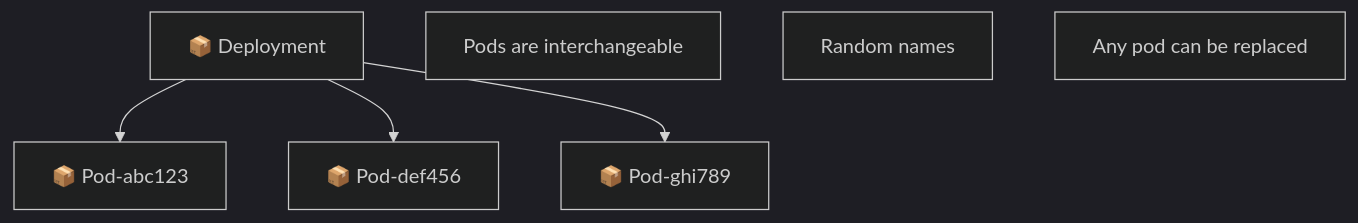
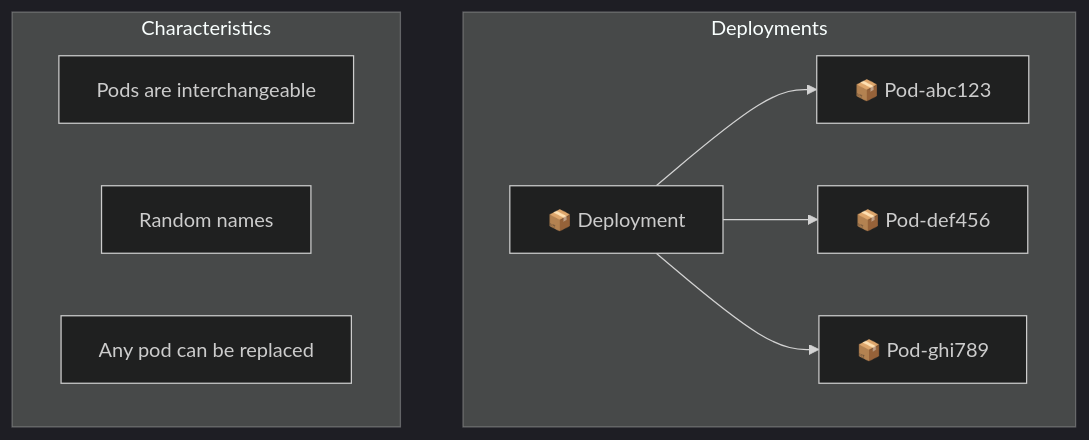
Before and after one commit to inno-devops-labs/DevOps-Core-Course: the second of 15 diagrams in lectures/lec15.md, drawn with Mermaid (dark theme). The commit also changed other lines of this file and 14 other files, not shown here.

First line of the commit message:
Merge pull request #3565 from LocalT0aster/fix-flowcharts

````diff
--- a/lectures/lec15.md
+++ b/lectures/lec15.md
@@ -91,10 +91,13 @@
 ```mermaid
 flowchart TD
-  A[📦 Deployment] --> B[📦 Pod-abc123]
-  A --> C[📦 Pod-def456]
-  A --> D[📦 Pod-ghi789]
-
-  E[Pods are interchangeable]
-  F[Random names]
-  G[Any pod can be replaced]
+  subgraph Deployments
+    A[📦 Deployment] --> B[📦 Pod-abc123]
+    A --> C[📦 Pod-def456]
+    A --> D[📦 Pod-ghi789]
+  end
+  subgraph Characteristics
+    E[Pods are interchangeable]
+    F[Random names]
+    G[Any pod can be replaced]
+  end
 ```
````
